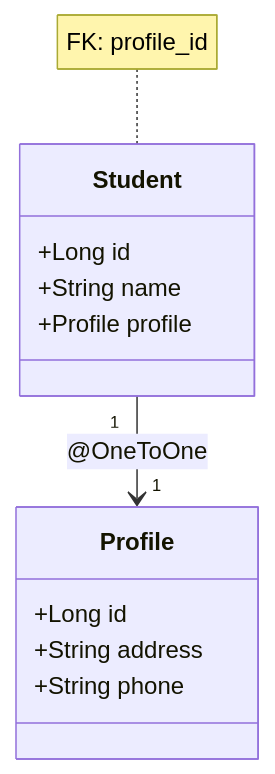
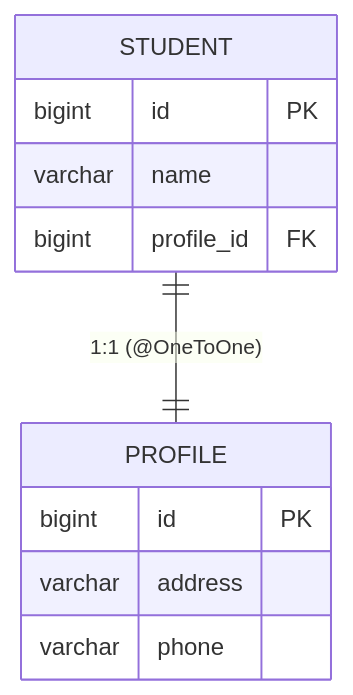
Before and after one commit to fencgut961/AAD_26_27: the tenth of 20 diagrams in RA3/RA3. Herramientas de mapeo objeto relacional (ORM) v3.md, drawn with Mermaid. The commit also changed other lines of this file, not shown here.

Commit message:
Update ORM documentation with class diagrams

````diff
--- a/RA3/RA3. Herramientas de mapeo objeto relacional (ORM) v3.md
+++ b/RA3/RA3. Herramientas de mapeo objeto relacional (ORM) v3.md
@@ -491,15 +491,16 @@
 ```mermaid
-classDiagram
-    class Student {
-        +Long id
-        +String name
-        +Profile profile
+erDiagram
+    STUDENT ||--|| PROFILE : "1:1 (@OneToOne)"
+
+    STUDENT {
+        bigint id PK
+        varchar name
+        bigint profile_id FK
     }
-    class Profile {
-        +Long id
-        +String address
-        +String phone
+
+    PROFILE {
+        bigint id PK
+        varchar address
+        varchar phone
     }
-    Student "1" --> "1" Profile : @OneToOne
-    note for Student "FK: profile_id"
 ```
````
